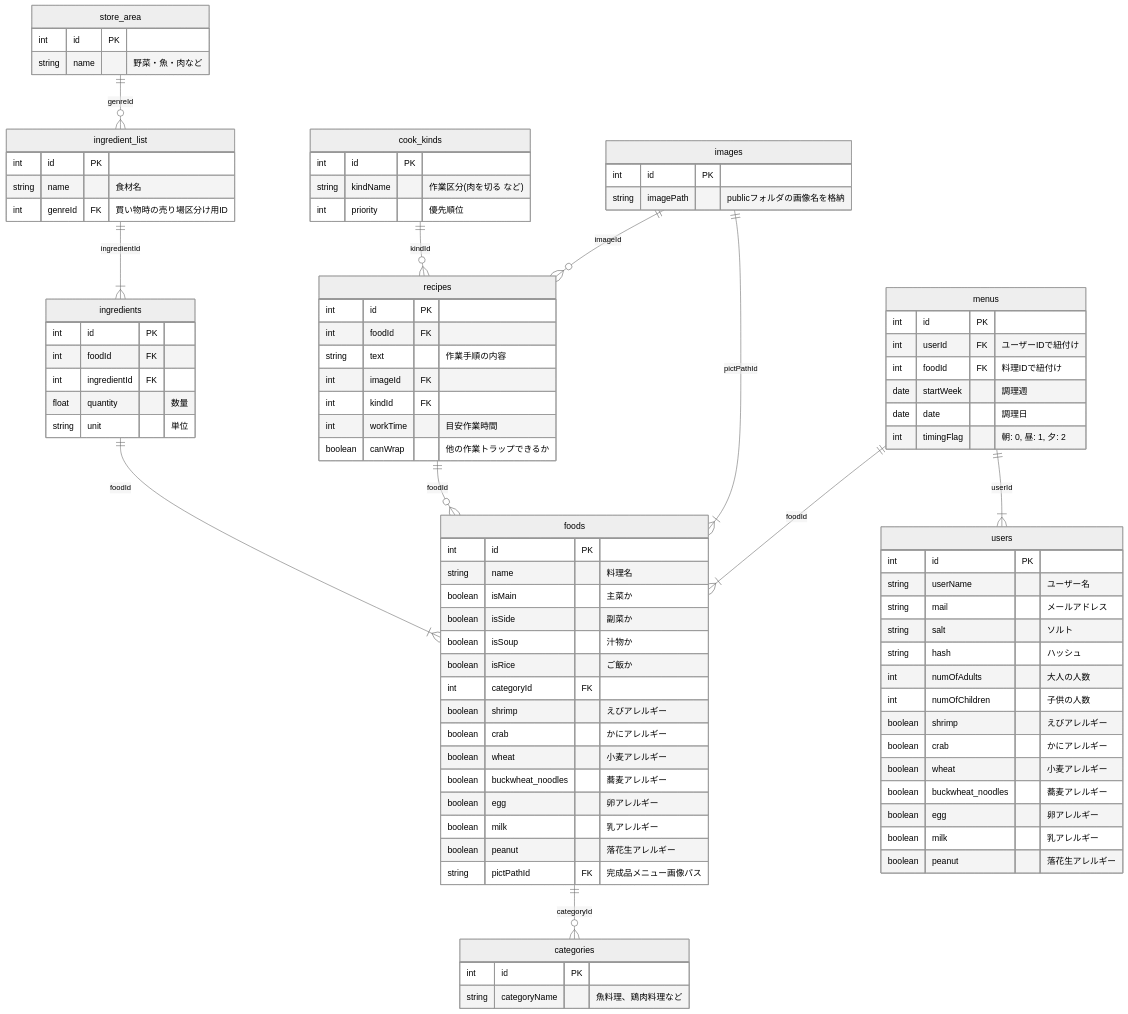
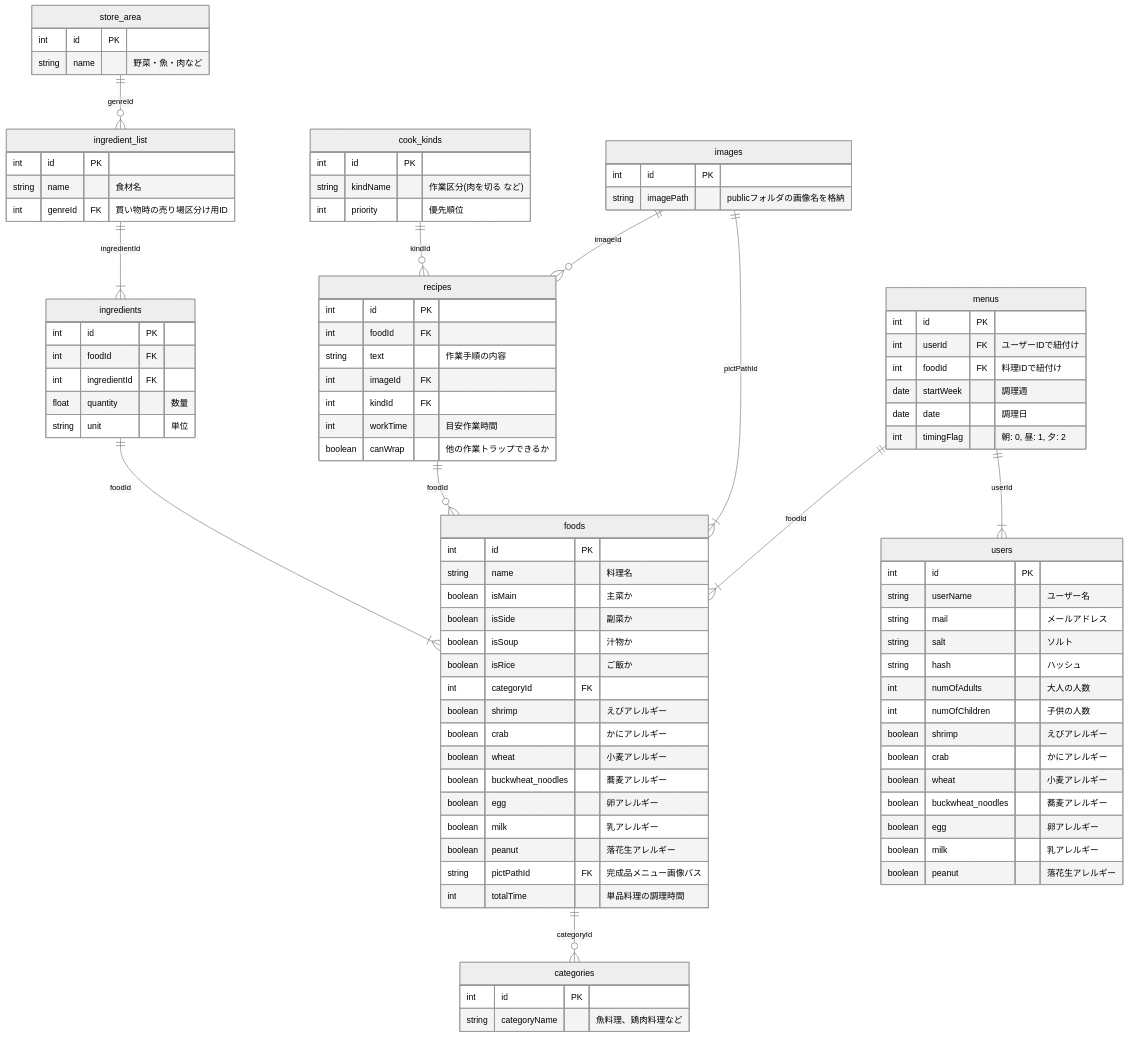
One commit to team2wish/efficient changed the diagram in README.md. Above: the diagram before and after it, drawn with Mermaid (neutral theme). The commit also changed 3 other files, not shown here.

Commit message:
add totalTime

```diff
--- a/README.md
+++ b/README.md
@@ -58,6 +58,7 @@
         boolean milk "乳アレルギー"
         boolean peanut "落花生アレルギー"
         string pictPathId FK "完成品メニュー画像パス"
+        int totalTime "単品料理の調理時間"
     }
 
     ingredients {
```
